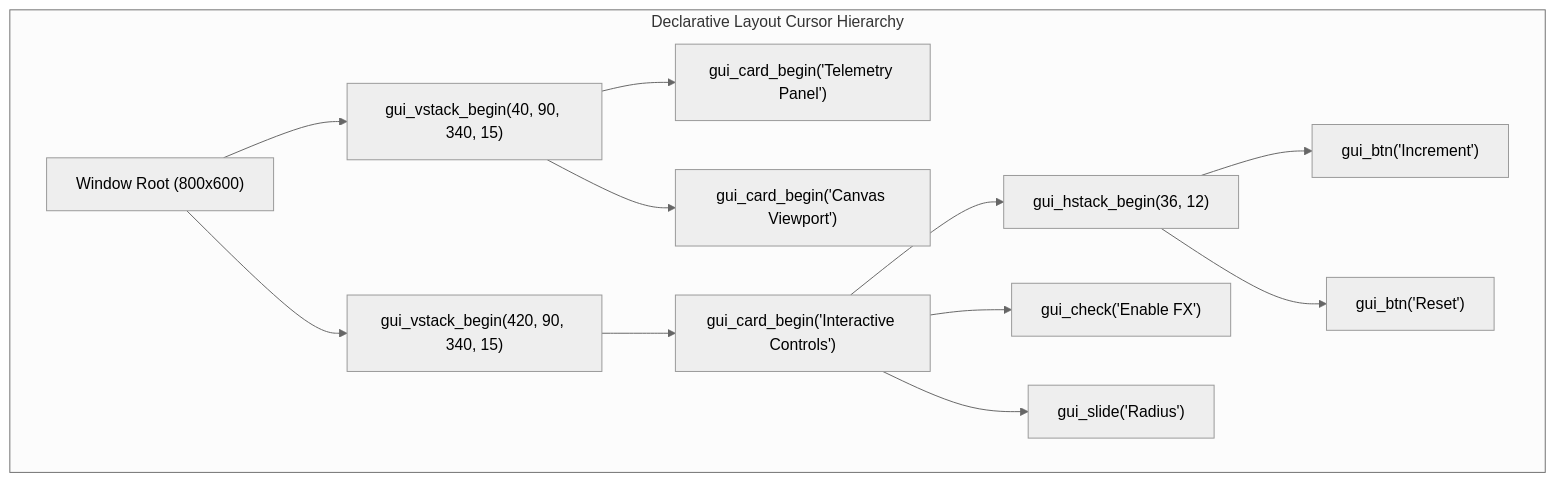
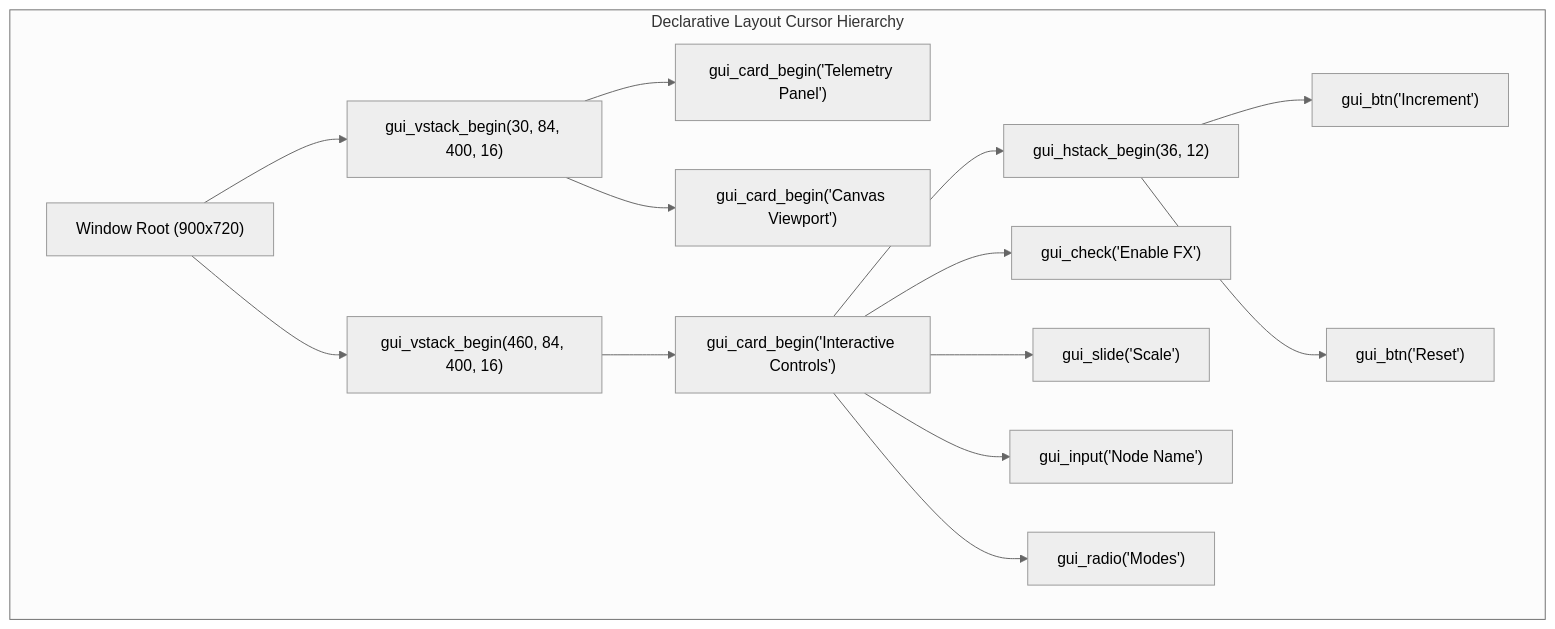
One commit to viralang/vira changed the diagram in docs/tutorials/22_declarative_gui_auto_layout.md. Above: the diagram before and after it, drawn with Mermaid (neutral theme). The commit also changed other lines of this file and 36 other files, not shown here.

````diff
--- a/docs/tutorials/22_declarative_gui_auto_layout.md
+++ b/docs/tutorials/22_declarative_gui_auto_layout.md
@@ -39,29 +43,33 @@
 ```mermaid
 graph TD
     subgraph Layout_Stack ["Declarative Layout Cursor Hierarchy"]
-        Root["Window Root (800x600)"]
-        Col1["gui_vstack_begin(40, 90, 340, 15)"]
-        Col2["gui_vstack_begin(420, 90, 340, 15)"]
+        Root["Window Root (900x720)"]
+        Col1["gui_vstack_begin(30, 84, 400, 16)"]
+        Col2["gui_vstack_begin(460, 84, 400, 16)"]
         
         Root --> Col1
         Root --> Col2
         
         Card1["gui_card_begin('Telemetry Panel')"]
         Card2["gui_card_begin('Canvas Viewport')"]
         Col1 --> Card1
         Col1 --> Card2
         
         Card3["gui_card_begin('Interactive Controls')"]
         Col2 --> Card3
         
         Row1["gui_hstack_begin(36, 12)"]
         Card3 --> Row1
         Row1 --> Btn1["gui_btn('Increment')"]
         Row1 --> Btn2["gui_btn('Reset')"]
         
         Check1["gui_check('Enable FX')"]
-        Slider1["gui_slide('Radius')"]
+        Slider1["gui_slide('Scale')"]
+        Input1["gui_input('Node Name')"]
+        RadioGroup["gui_radio('Modes')"]
         Card3 --> Check1
         Card3 --> Slider1
+        Card3 --> Input1
+        Card3 --> RadioGroup
     end
 ```
````
